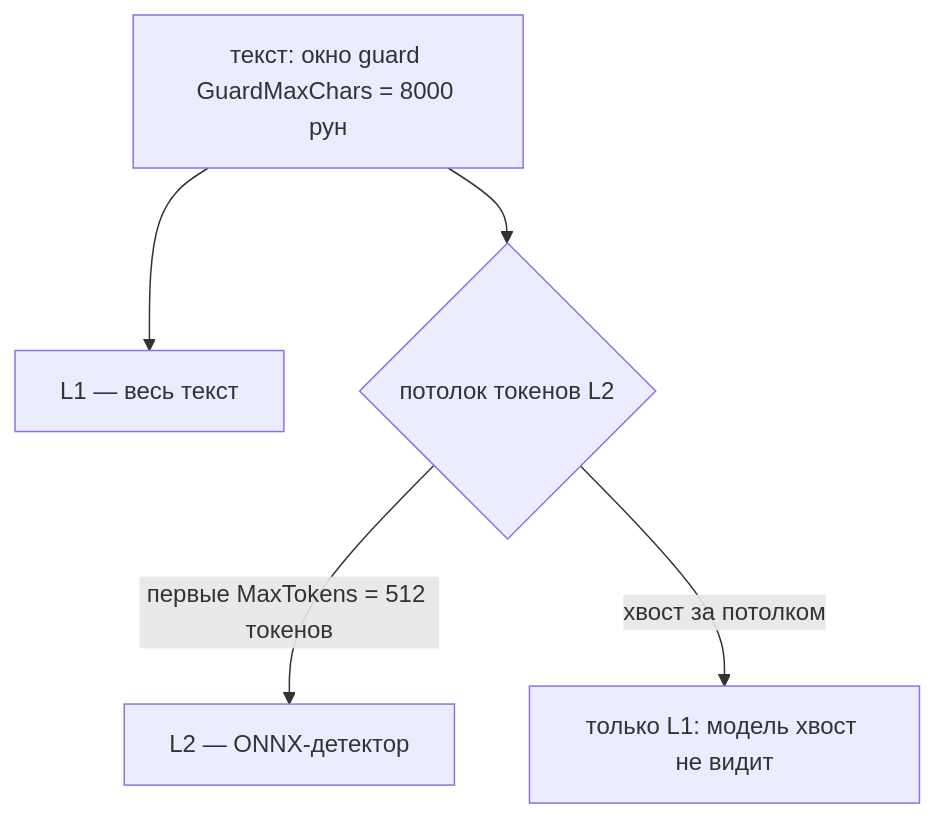
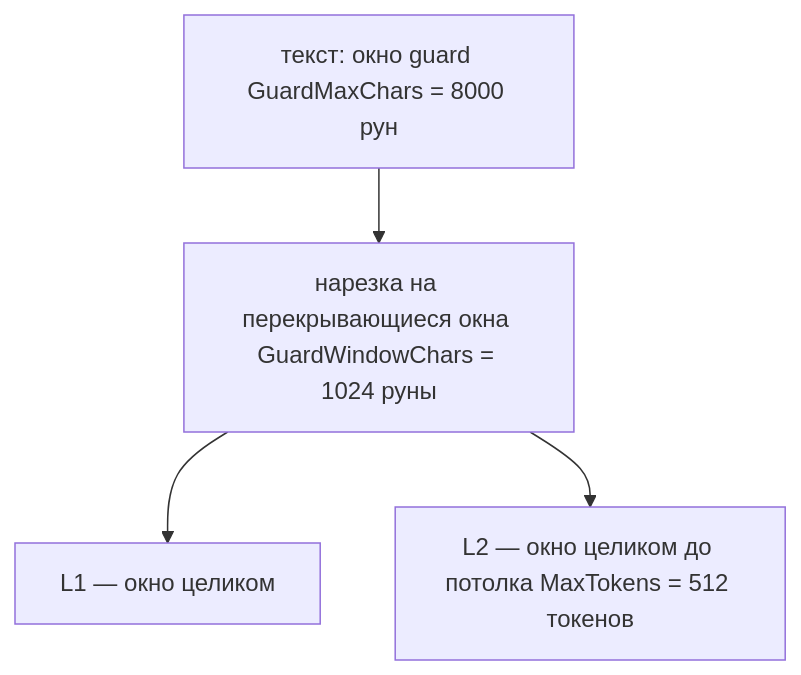
The second of 2 diagrams in docs/concepts/guardrails.md (KirillYuzh/Gobellim), drawn with Mermaid before and after one commit. The commit also changed other lines of this file and 18 other files, not shown here.

Commit message:
feat: window the guard scan, fail closed on tool output, russian text

````diff
--- a/docs/concepts/guardrails.md
+++ b/docs/concepts/guardrails.md
@@ -166,7 +167,6 @@
 ```mermaid
 flowchart TD
-    T["текст: окно guard GuardMaxChars = 8000 рун"] --> L1["L1 — весь текст"]
-    T --> SPLIT{"потолок токенов L2"}
-    SPLIT -->|"первые MaxTokens = 512 токенов"| L2["L2 — ONNX-детектор"]
-    SPLIT -->|"хвост за потолком"| TAIL["только L1: модель хвост не видит"]
+    T["текст: окно guard GuardMaxChars = 8000 рун"] --> W["нарезка на перекрывающиеся окна GuardWindowChars = 1024 руны"]
+    W --> L1["L1 — окно целиком"]
+    W --> L2["L2 — окно целиком до потолка MaxTokens = 512 токенов"]
 ```
````
